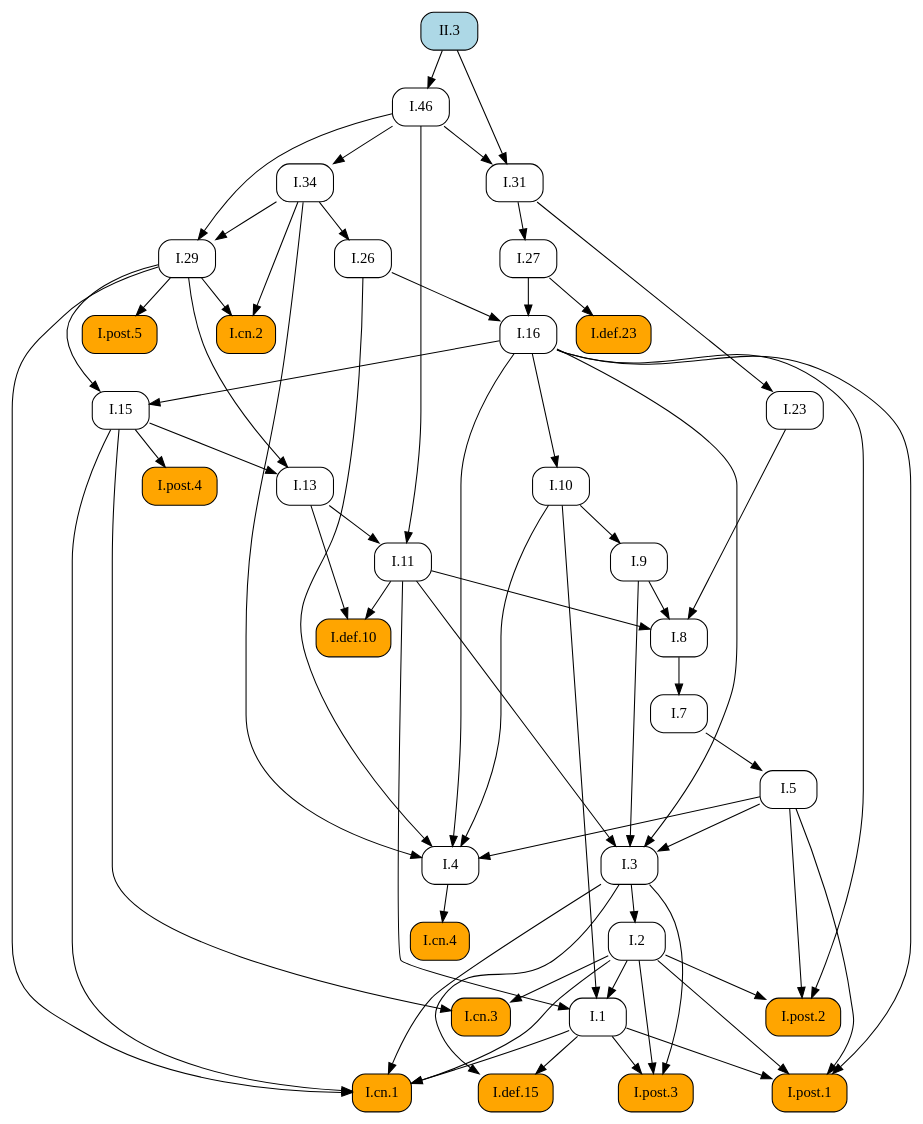
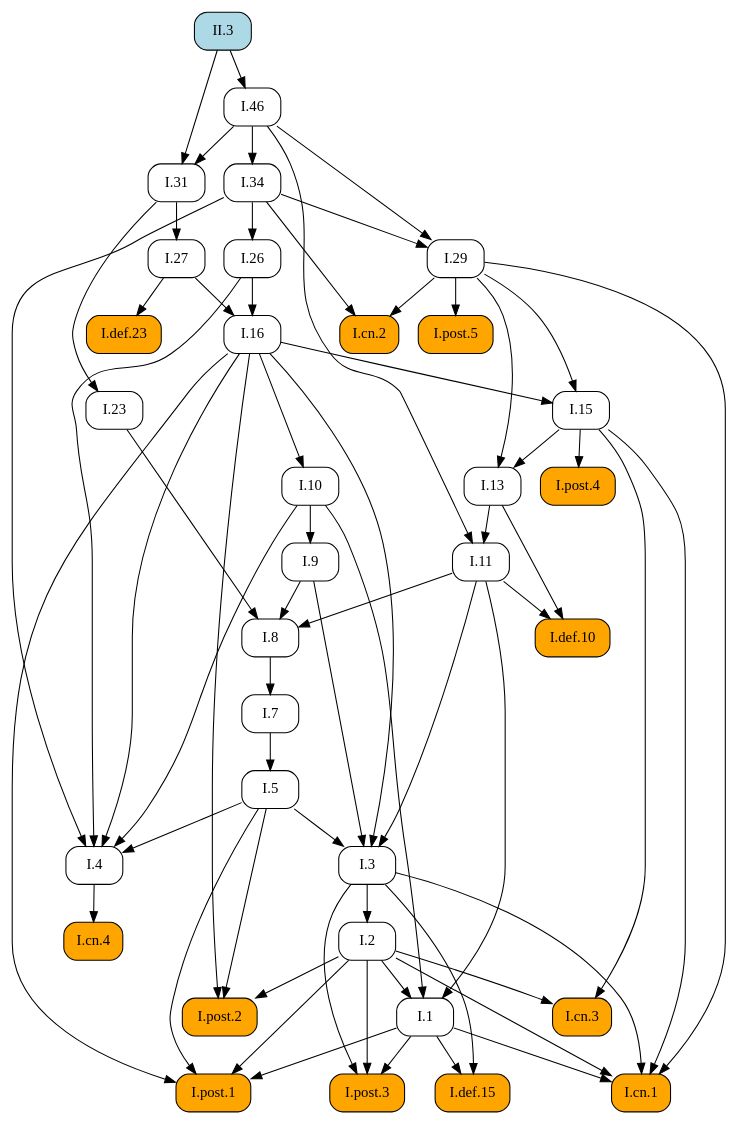
One commit to geometor/elements changed the diagram in docsrc/elements2/II/3/index.rst. Above: the diagram before and after it, drawn with Graphviz. The commit also changed other lines of this file and 171 other files, not shown here.

```diff
--- a/docsrc/elements2/II/3/index.rst
+++ b/docsrc/elements2/II/3/index.rst
@@ -46,101 +46,101 @@
    digraph {
      rankdir="TB";
      node [shape=box, style=rounded];
+     "I.8" [URL="/elements2/I/8/", target="_top"];
+     "I.46" [URL="/elements2/I/46/", target="_top"];
+     "I.post.1" [style="rounded,filled", fillcolor=orange, URL="/elements2/I/post.1/", target="_top"];
+     "I.5" [URL="/elements2/I/5/", target="_top"];
+     "I.post.5" [style="rounded,filled", fillcolor=orange, URL="/elements2/I/post.5/", target="_top"];
      "I.def.10" [style="rounded,filled", fillcolor=orange, URL="/elements2/I/def.10/", target="_top"];
+     "I.cn.2" [style="rounded,filled", fillcolor=orange, URL="/elements2/I/cn.2/", target="_top"];
+     "I.def.15" [style="rounded,filled", fillcolor=orange, URL="/elements2/I/def.15/", target="_top"];
+     "I.31" [URL="/elements2/I/31/", target="_top"];
+     "I.11" [URL="/elements2/I/11/", target="_top"];
+     "I.3" [URL="/elements2/I/3/", target="_top"];
+     "I.def.23" [style="rounded,filled", fillcolor=orange, URL="/elements2/I/def.23/", target="_top"];
+     "I.post.2" [style="rounded,filled", fillcolor=orange, URL="/elements2/I/post.2/", target="_top"];
+     "I.26" [URL="/elements2/I/26/", target="_top"];
+     "I.1" [URL="/elements2/I/1/", target="_top"];
+     "I.cn.3" [style="rounded,filled", fillcolor=orange, URL="/elements2/I/cn.3/", target="_top"];
+     "I.cn.4" [style="rounded,filled", fillcolor=orange, URL="/elements2/I/cn.4/", target="_top"];
+     "I.7" [URL="/elements2/I/7/", target="_top"];
      "II.3" [style="rounded,filled", fillcolor=lightblue, URL="/elements2/II/3/", target="_top"];
-     "I.46" [URL="/elements2/I/46/", target="_top"];
+     "I.9" [URL="/elements2/I/9/", target="_top"];
+     "I.cn.1" [style="rounded,filled", fillcolor=orange, URL="/elements2/I/cn.1/", target="_top"];
+     "I.29" [URL="/elements2/I/29/", target="_top"];
+     "I.16" [URL="/elements2/I/16/", target="_top"];
+     "I.post.4" [style="rounded,filled", fillcolor=orange, URL="/elements2/I/post.4/", target="_top"];
+     "I.13" [URL="/elements2/I/13/", target="_top"];
+     "I.2" [URL="/elements2/I/2/", target="_top"];
+     "I.27" [URL="/elements2/I/27/", target="_top"];
+     "I.4" [URL="/elements2/I/4/", target="_top"];
+     "I.10" [URL="/elements2/I/10/", target="_top"];
+     "I.15" [URL="/elements2/I/15/", target="_top"];
      "I.34" [URL="/elements2/I/34/", target="_top"];
-     "I.def.15" [style="rounded,filled", fillcolor=orange, URL="/elements2/I/def.15/", target="_top"];
-     "I.cn.4" [style="rounded,filled", fillcolor=orange, URL="/elements2/I/cn.4/", target="_top"];
+     "I.23" [URL="/elements2/I/23/", target="_top"];
      "I.post.3" [style="rounded,filled", fillcolor=orange, URL="/elements2/I/post.3/", target="_top"];
-     "I.27" [URL="/elements2/I/27/", target="_top"];
-     "I.post.2" [style="rounded,filled", fillcolor=orange, URL="/elements2/I/post.2/", target="_top"];
-     "I.13" [URL="/elements2/I/13/", target="_top"];
-     "I.10" [URL="/elements2/I/10/", target="_top"];
-     "I.post.1" [style="rounded,filled", fillcolor=orange, URL="/elements2/I/post.1/", target="_top"];
-     "I.7" [URL="/elements2/I/7/", target="_top"];
-     "I.11" [URL="/elements2/I/11/", target="_top"];
-     "I.4" [URL="/elements2/I/4/", target="_top"];
-     "I.16" [URL="/elements2/I/16/", target="_top"];
-     "I.def.23" [style="rounded,filled", fillcolor=orange, URL="/elements2/I/def.23/", target="_top"];
-     "I.9" [URL="/elements2/I/9/", target="_top"];
-     "I.8" [URL="/elements2/I/8/", target="_top"];
-     "I.cn.2" [style="rounded,filled", fillcolor=orange, URL="/elements2/I/cn.2/", target="_top"];
-     "I.23" [URL="/elements2/I/23/", target="_top"];
-     "I.15" [URL="/elements2/I/15/", target="_top"];
-     "I.post.5" [style="rounded,filled", fillcolor=orange, URL="/elements2/I/post.5/", target="_top"];
-     "I.26" [URL="/elements2/I/26/", target="_top"];
-     "I.2" [URL="/elements2/I/2/", target="_top"];
-     "I.1" [URL="/elements2/I/1/", target="_top"];
-     "I.31" [URL="/elements2/I/31/", target="_top"];
-     "I.post.4" [style="rounded,filled", fillcolor=orange, URL="/elements2/I/post.4/", target="_top"];
-     "I.cn.1" [style="rounded,filled", fillcolor=orange, URL="/elements2/I/cn.1/", target="_top"];
-     "I.3" [URL="/elements2/I/3/", target="_top"];
-     "I.cn.3" [style="rounded,filled", fillcolor=orange, URL="/elements2/I/cn.3/", target="_top"];
-     "I.29" [URL="/elements2/I/29/", target="_top"];
-     "I.5" [URL="/elements2/I/5/", target="_top"];
-     "I.11" -> "I.def.10";
-     "I.13" -> "I.def.10";
+     "I.9" -> "I.8";
+     "I.11" -> "I.8";
+     "I.23" -> "I.8";
      "II.3" -> "I.46";
-     "I.46" -> "I.34";
-     "I.1" -> "I.def.15";
-     "I.3" -> "I.def.15";
-     "I.4" -> "I.cn.4";
-     "I.1" -> "I.post.3";
-     "I.2" -> "I.post.3";
-     "I.3" -> "I.post.3";
-     "I.31" -> "I.27";
-     "I.2" -> "I.post.2";
-     "I.5" -> "I.post.2";
-     "I.16" -> "I.post.2";
-     "I.15" -> "I.13";
-     "I.29" -> "I.13";
-     "I.16" -> "I.10";
      "I.1" -> "I.post.1";
      "I.2" -> "I.post.1";
      "I.5" -> "I.post.1";
      "I.16" -> "I.post.1";
-     "I.8" -> "I.7";
+     "I.7" -> "I.5";
+     "I.29" -> "I.post.5";
+     "I.11" -> "I.def.10";
+     "I.13" -> "I.def.10";
+     "I.29" -> "I.cn.2";
+     "I.34" -> "I.cn.2";
+     "I.1" -> "I.def.15";
+     "I.3" -> "I.def.15";
+     "I.46" -> "I.31";
+     "II.3" -> "I.31";
      "I.13" -> "I.11";
      "I.46" -> "I.11";
+     "I.5" -> "I.3";
+     "I.9" -> "I.3";
+     "I.11" -> "I.3";
+     "I.16" -> "I.3";
+     "I.27" -> "I.def.23";
+     "I.2" -> "I.post.2";
+     "I.5" -> "I.post.2";
+     "I.16" -> "I.post.2";
+     "I.34" -> "I.26";
+     "I.2" -> "I.1";
+     "I.10" -> "I.1";
+     "I.11" -> "I.1";
+     "I.2" -> "I.cn.3";
+     "I.15" -> "I.cn.3";
+     "I.4" -> "I.cn.4";
+     "I.8" -> "I.7";
+     "I.10" -> "I.9";
+     "I.1" -> "I.cn.1";
+     "I.2" -> "I.cn.1";
+     "I.3" -> "I.cn.1";
+     "I.15" -> "I.cn.1";
+     "I.29" -> "I.cn.1";
+     "I.34" -> "I.29";
+     "I.46" -> "I.29";
+     "I.26" -> "I.16";
+     "I.27" -> "I.16";
+     "I.15" -> "I.post.4";
+     "I.15" -> "I.13";
+     "I.29" -> "I.13";
+     "I.3" -> "I.2";
+     "I.31" -> "I.27";
      "I.5" -> "I.4";
      "I.10" -> "I.4";
      "I.16" -> "I.4";
      "I.26" -> "I.4";
      "I.34" -> "I.4";
-     "I.26" -> "I.16";
-     "I.27" -> "I.16";
-     "I.27" -> "I.def.23";
-     "I.10" -> "I.9";
-     "I.9" -> "I.8";
-     "I.11" -> "I.8";
-     "I.23" -> "I.8";
-     "I.29" -> "I.cn.2";
-     "I.34" -> "I.cn.2";
-     "I.31" -> "I.23";
+     "I.16" -> "I.10";
      "I.16" -> "I.15";
      "I.29" -> "I.15";
-     "I.29" -> "I.post.5";
-     "I.34" -> "I.26";
-     "I.3" -> "I.2";
-     "I.2" -> "I.1";
-     "I.10" -> "I.1";
-     "I.11" -> "I.1";
-     "I.46" -> "I.31";
-     "II.3" -> "I.31";
-     "I.15" -> "I.post.4";
-     "I.1" -> "I.cn.1";
-     "I.2" -> "I.cn.1";
-     "I.3" -> "I.cn.1";
-     "I.15" -> "I.cn.1";
-     "I.29" -> "I.cn.1";
-     "I.5" -> "I.3";
-     "I.9" -> "I.3";
-     "I.11" -> "I.3";
-     "I.16" -> "I.3";
-     "I.2" -> "I.cn.3";
-     "I.15" -> "I.cn.3";
-     "I.34" -> "I.29";
-     "I.46" -> "I.29";
-     "I.7" -> "I.5";
+     "I.46" -> "I.34";
+     "I.31" -> "I.23";
+     "I.1" -> "I.post.3";
+     "I.2" -> "I.post.3";
+     "I.3" -> "I.post.3";
    }
```
